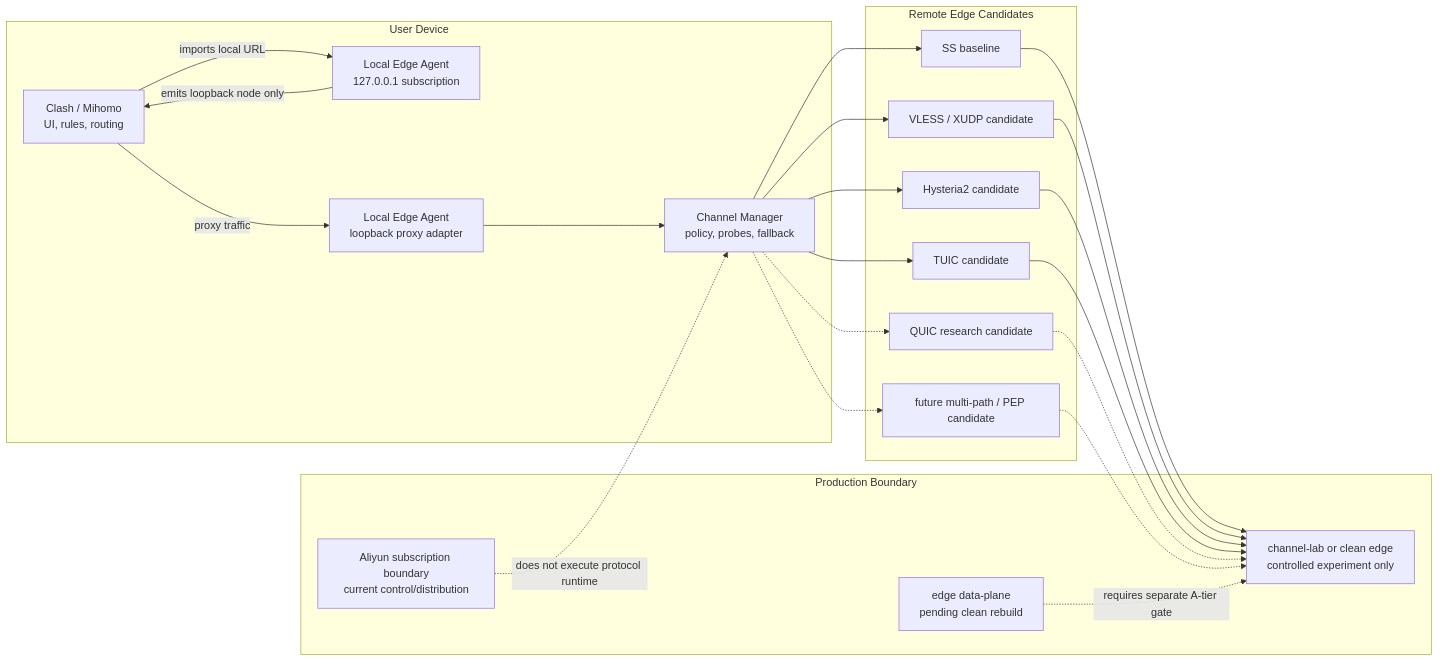
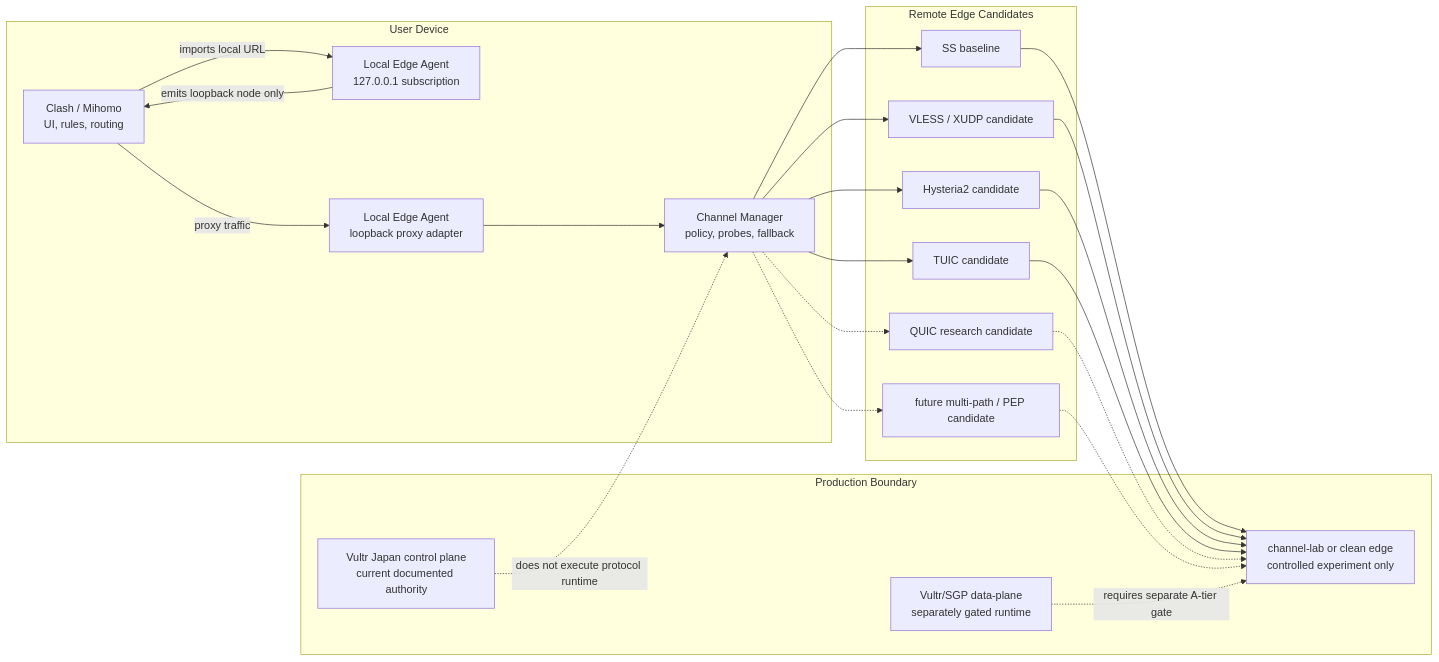
The diagram in docs/LOCAL_EDGE_CHANNEL_TECHNICAL_MVP.md (FlyLink-com/proxy-gateway-minimal), drawn with Mermaid before and after one commit. The commit also changed other lines of this file and 24 other files, not shown here.

Commit message:
Document edge agent control plane model

````diff
--- a/docs/LOCAL_EDGE_CHANNEL_TECHNICAL_MVP.md
+++ b/docs/LOCAL_EDGE_CHANNEL_TECHNICAL_MVP.md
@@ -78,43 +78,43 @@
 ```mermaid
 flowchart LR
   subgraph "User Device"
     Clash["Clash / Mihomo\nUI, rules, routing"]
     AgentSub["Local Edge Agent\n127.0.0.1 subscription"]
     AgentProxy["Local Edge Agent\nloopback proxy adapter"]
     Manager["Channel Manager\npolicy, probes, fallback"]
   end
 
   subgraph "Remote Edge Candidates"
     SS["SS baseline"]
     VLESS["VLESS / XUDP candidate"]
     HY2["Hysteria2 candidate"]
     TUIC["TUIC candidate"]
     QUIC["QUIC research candidate"]
     Future["future multi-path / PEP candidate"]
   end
 
   subgraph "Production Boundary"
-    Control["Aliyun subscription boundary\ncurrent control/distribution"]
-    EdgePending["edge data-plane\npending clean rebuild"]
+    Control["Vultr Japan control plane\ncurrent documented authority"]
+    EdgePending["Vultr/SGP data-plane\nseparately gated runtime"]
     Canary["channel-lab or clean edge\ncontrolled experiment only"]
   end
 
   Clash -->|"imports local URL"| AgentSub
   AgentSub -->|"emits loopback node only"| Clash
   Clash -->|"proxy traffic"| AgentProxy
   AgentProxy --> Manager
   Manager --> SS
   Manager --> VLESS
   Manager --> HY2
   Manager --> TUIC
   Manager -.-> QUIC
   Manager -.-> Future
   SS --> Canary
   VLESS --> Canary
   HY2 --> Canary
   TUIC --> Canary
   QUIC -.-> Canary
   Future -.-> Canary
   Control -.->|"does not execute protocol runtime"| Manager
   EdgePending -.->|"requires separate A-tier gate"| Canary
 ```
````
